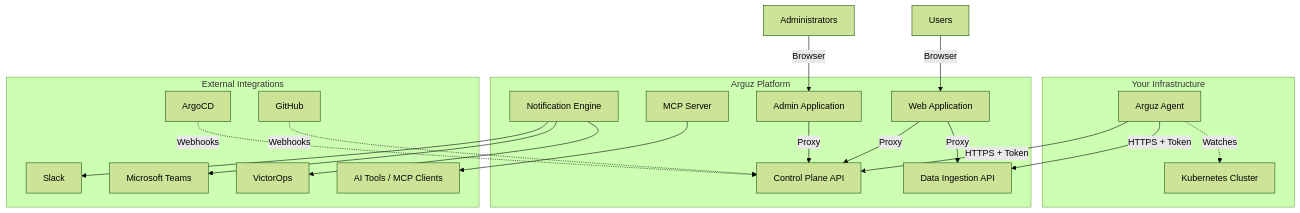
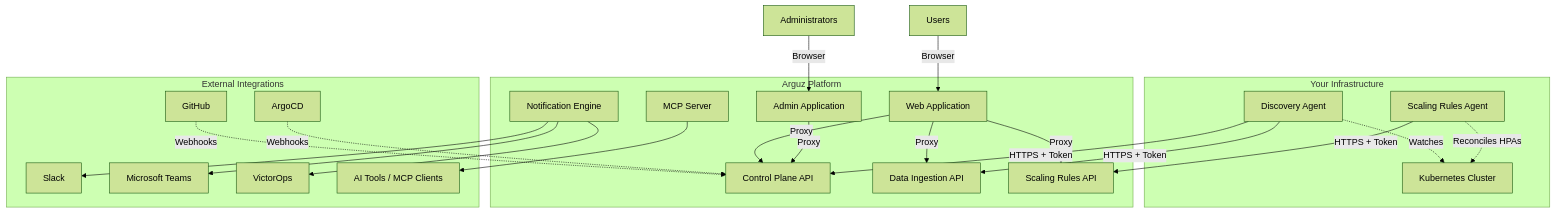
Before and after one commit to Arguz-Labs/Arguz-Docs: the first of 4 diagrams in docs/getting-started/architecture.md, drawn with Mermaid (forest theme). The commit also changed other lines of this file and 59 other files, not shown here.

````diff
--- a/docs/getting-started/architecture.md
+++ b/docs/getting-started/architecture.md
@@ -9,40 +9,45 @@
 ```mermaid
 graph TB
     subgraph "Your Infrastructure"
         K8S[Kubernetes Cluster]
-        AGENT[Arguz Agent]
-        AGENT -.->|Watches| K8S
+        DISCOVERY[Discovery Agent]
+        SCALING[Scaling Rules Agent]
+        DISCOVERY -.->|Watches| K8S
+        SCALING -.->|Reconciles HPAs| K8S
     end
 
     subgraph "Arguz Platform"
         API[Control Plane API]
         DI[Data Ingestion API]
         FRONT[Web Application]
         ADMIN[Admin Application]
         MCP[MCP Server]
         NOTIFIER[Notification Engine]
+        SCALINGAPI[Scaling Rules API]
     end
 
     subgraph "External Integrations"
         GH[GitHub]
         ACD[ArgoCD]
         SLACK[Slack]
         TEAMS[Microsoft Teams]
         VOPS[VictorOps]
         AI[AI Tools / MCP Clients]
     end
 
-    AGENT -->|HTTPS + Token| API
-    AGENT -->|HTTPS + Token| DI
+    DISCOVERY -->|HTTPS + Token| API
+    DISCOVERY -->|HTTPS + Token| DI
+    SCALING -->|HTTPS + Token| SCALINGAPI
     FRONT -->|Proxy| API
     FRONT -->|Proxy| DI
+    FRONT -->|Proxy| SCALINGAPI
     ADMIN -->|Proxy| API
     NOTIFIER --> SLACK
     NOTIFIER --> TEAMS
     NOTIFIER --> VOPS
     GH -.->|Webhooks| API
     ACD -.->|Webhooks| API
     MCP --> AI
     USERS[Users] -->|Browser| FRONT
     ADMINS[Administrators] -->|Browser| ADMIN
 ```
````
